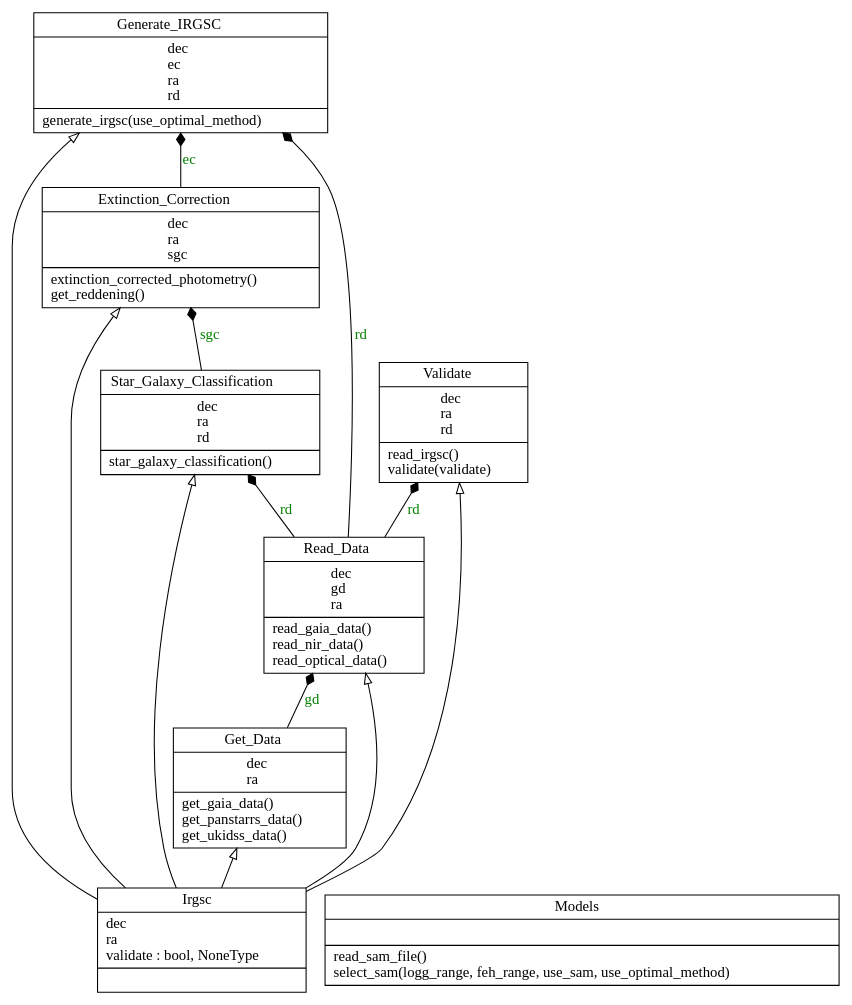
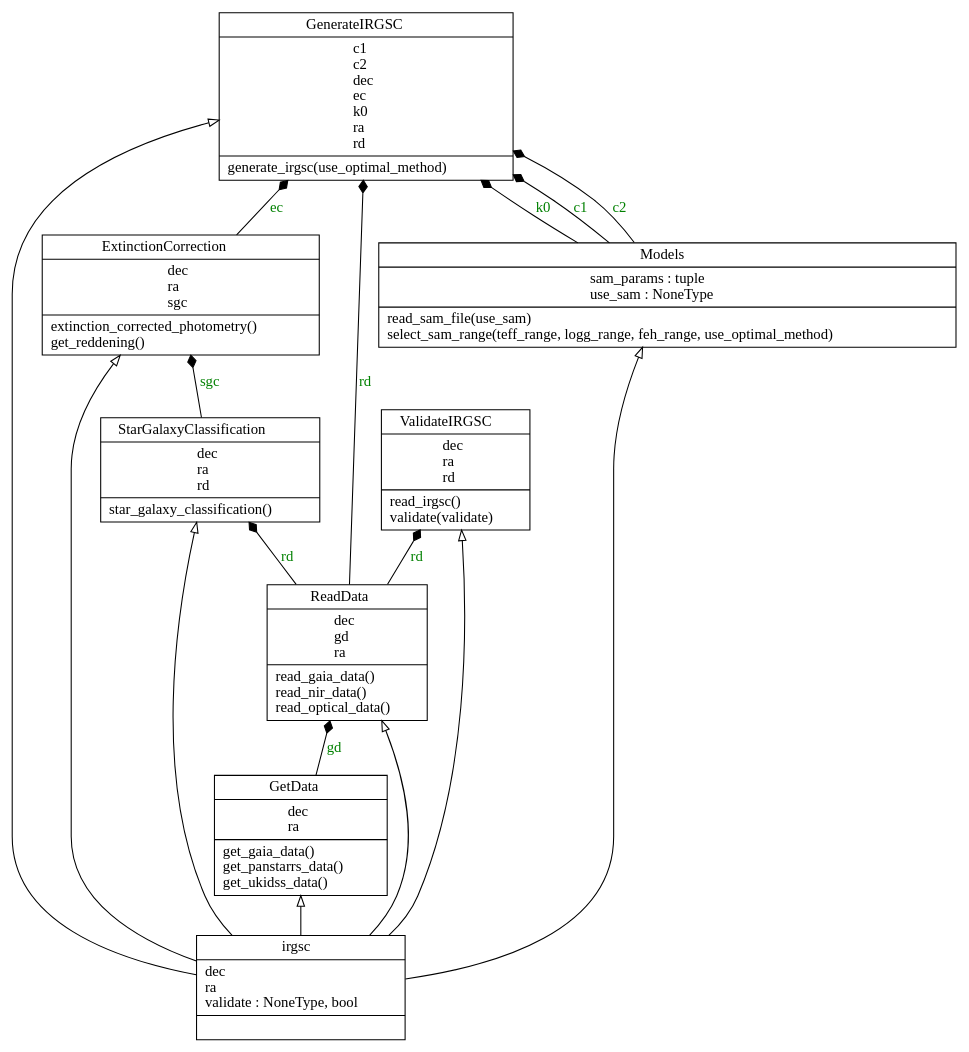
One commit to tmtsoftware/dms-irgsc changed the diagram in classes.dot. Above: the diagram before and after it, drawn with Graphviz. The commit also changed 215 other files, not shown here.

```diff
--- a/classes.dot
+++ b/classes.dot
@@ -1,24 +1,28 @@
 digraph "classes" {
 rankdir=BT
 charset="utf-8"
-"irgsctool._extinction_correction.Extinction_Correction" [color="black", fontcolor="black", label=<{Extinction_Correction|dec<br ALIGN="LEFT"/>ra<br ALIGN="LEFT"/>sgc<br ALIGN="LEFT"/>|extinction_corrected_photometry()<br ALIGN="LEFT"/>get_reddening()<br ALIGN="LEFT"/>}>, shape="record", style="solid"];
-"irgsctool._fitting.Generate_IRGSC" [color="black", fontcolor="black", label=<{Generate_IRGSC|dec<br ALIGN="LEFT"/>ec<br ALIGN="LEFT"/>ra<br ALIGN="LEFT"/>rd<br ALIGN="LEFT"/>|generate_irgsc(use_optimal_method)<br ALIGN="LEFT"/>}>, shape="record", style="solid"];
-"irgsctool._get_data.Get_Data" [color="black", fontcolor="black", label=<{Get_Data|dec<br ALIGN="LEFT"/>ra<br ALIGN="LEFT"/>|get_gaia_data()<br ALIGN="LEFT"/>get_panstarrs_data()<br ALIGN="LEFT"/>get_ukidss_data()<br ALIGN="LEFT"/>}>, shape="record", style="solid"];
-"irgsctool.Irgsc" [color="black", fontcolor="black", label=<{Irgsc|dec<br ALIGN="LEFT"/>ra<br ALIGN="LEFT"/>validate : bool, NoneType<br ALIGN="LEFT"/>|}>, shape="record", style="solid"];
-"irgsctool._sam.Models" [color="black", fontcolor="black", label=<{Models|<br ALIGN="LEFT"/>|read_sam_file()<br ALIGN="LEFT"/>select_sam(logg_range, feh_range, use_sam, use_optimal_method)<br ALIGN="LEFT"/>}>, shape="record", style="solid"];
-"irgsctool._read_data.Read_Data" [color="black", fontcolor="black", label=<{Read_Data|dec<br ALIGN="LEFT"/>gd<br ALIGN="LEFT"/>ra<br ALIGN="LEFT"/>|read_gaia_data()<br ALIGN="LEFT"/>read_nir_data()<br ALIGN="LEFT"/>read_optical_data()<br ALIGN="LEFT"/>}>, shape="record", style="solid"];
-"irgsctool._sgc.Star_Galaxy_Classification" [color="black", fontcolor="black", label=<{Star_Galaxy_Classification|dec<br ALIGN="LEFT"/>ra<br ALIGN="LEFT"/>rd<br ALIGN="LEFT"/>|star_galaxy_classification()<br ALIGN="LEFT"/>}>, shape="record", style="solid"];
-"irgsctool._validate.Validate" [color="black", fontcolor="black", label=<{Validate|dec<br ALIGN="LEFT"/>ra<br ALIGN="LEFT"/>rd<br ALIGN="LEFT"/>|read_irgsc()<br ALIGN="LEFT"/>validate(validate)<br ALIGN="LEFT"/>}>, shape="record", style="solid"];
-"irgsctool.Irgsc" -> "irgsctool._extinction_correction.Extinction_Correction" [arrowhead="empty", arrowtail="none"];
-"irgsctool.Irgsc" -> "irgsctool._fitting.Generate_IRGSC" [arrowhead="empty", arrowtail="none"];
-"irgsctool.Irgsc" -> "irgsctool._get_data.Get_Data" [arrowhead="empty", arrowtail="none"];
-"irgsctool.Irgsc" -> "irgsctool._read_data.Read_Data" [arrowhead="empty", arrowtail="none"];
-"irgsctool.Irgsc" -> "irgsctool._sgc.Star_Galaxy_Classification" [arrowhead="empty", arrowtail="none"];
-"irgsctool.Irgsc" -> "irgsctool._validate.Validate" [arrowhead="empty", arrowtail="none"];
-"irgsctool._extinction_correction.Extinction_Correction" -> "irgsctool._fitting.Generate_IRGSC" [arrowhead="diamond", arrowtail="none", fontcolor="green", label="ec", style="solid"];
-"irgsctool._get_data.Get_Data" -> "irgsctool._read_data.Read_Data" [arrowhead="diamond", arrowtail="none", fontcolor="green", label="gd", style="solid"];
-"irgsctool._read_data.Read_Data" -> "irgsctool._fitting.Generate_IRGSC" [arrowhead="diamond", arrowtail="none", fontcolor="green", label="rd", style="solid"];
-"irgsctool._read_data.Read_Data" -> "irgsctool._sgc.Star_Galaxy_Classification" [arrowhead="diamond", arrowtail="none", fontcolor="green", label="rd", style="solid"];
-"irgsctool._read_data.Read_Data" -> "irgsctool._validate.Validate" [arrowhead="diamond", arrowtail="none", fontcolor="green", label="rd", style="solid"];
-"irgsctool._sgc.Star_Galaxy_Classification" -> "irgsctool._extinction_correction.Extinction_Correction" [arrowhead="diamond", arrowtail="none", fontcolor="green", label="sgc", style="solid"];
+"irgsctool._extinction_correction.ExtinctionCorrection" [color="black", fontcolor="black", label=<{ExtinctionCorrection|dec<br ALIGN="LEFT"/>ra<br ALIGN="LEFT"/>sgc<br ALIGN="LEFT"/>|extinction_corrected_photometry()<br ALIGN="LEFT"/>get_reddening()<br ALIGN="LEFT"/>}>, shape="record", style="solid"];
+"irgsctool._fitting.GenerateIRGSC" [color="black", fontcolor="black", label=<{GenerateIRGSC|c1<br ALIGN="LEFT"/>c2<br ALIGN="LEFT"/>dec<br ALIGN="LEFT"/>ec<br ALIGN="LEFT"/>k0<br ALIGN="LEFT"/>ra<br ALIGN="LEFT"/>rd<br ALIGN="LEFT"/>|generate_irgsc(use_optimal_method)<br ALIGN="LEFT"/>}>, shape="record", style="solid"];
+"irgsctool._get_data.GetData" [color="black", fontcolor="black", label=<{GetData|dec<br ALIGN="LEFT"/>ra<br ALIGN="LEFT"/>|get_gaia_data()<br ALIGN="LEFT"/>get_panstarrs_data()<br ALIGN="LEFT"/>get_ukidss_data()<br ALIGN="LEFT"/>}>, shape="record", style="solid"];
+"irgsctool._sam.Models" [color="black", fontcolor="black", label=<{Models|sam_params : tuple<br ALIGN="LEFT"/>use_sam : NoneType<br ALIGN="LEFT"/>|read_sam_file(use_sam)<br ALIGN="LEFT"/>select_sam_range(teff_range, logg_range, feh_range, use_optimal_method)<br ALIGN="LEFT"/>}>, shape="record", style="solid"];
+"irgsctool._read_data.ReadData" [color="black", fontcolor="black", label=<{ReadData|dec<br ALIGN="LEFT"/>gd<br ALIGN="LEFT"/>ra<br ALIGN="LEFT"/>|read_gaia_data()<br ALIGN="LEFT"/>read_nir_data()<br ALIGN="LEFT"/>read_optical_data()<br ALIGN="LEFT"/>}>, shape="record", style="solid"];
+"irgsctool._sgc.StarGalaxyClassification" [color="black", fontcolor="black", label=<{StarGalaxyClassification|dec<br ALIGN="LEFT"/>ra<br ALIGN="LEFT"/>rd<br ALIGN="LEFT"/>|star_galaxy_classification()<br ALIGN="LEFT"/>}>, shape="record", style="solid"];
+"irgsctool._validate.ValidateIRGSC" [color="black", fontcolor="black", label=<{ValidateIRGSC|dec<br ALIGN="LEFT"/>ra<br ALIGN="LEFT"/>rd<br ALIGN="LEFT"/>|read_irgsc()<br ALIGN="LEFT"/>validate(validate)<br ALIGN="LEFT"/>}>, shape="record", style="solid"];
+"irgsctool.irgsc" [color="black", fontcolor="black", label=<{irgsc|dec<br ALIGN="LEFT"/>ra<br ALIGN="LEFT"/>validate : NoneType, bool<br ALIGN="LEFT"/>|}>, shape="record", style="solid"];
+"irgsctool.irgsc" -> "irgsctool._extinction_correction.ExtinctionCorrection" [arrowhead="empty", arrowtail="none"];
+"irgsctool.irgsc" -> "irgsctool._fitting.GenerateIRGSC" [arrowhead="empty", arrowtail="none"];
+"irgsctool.irgsc" -> "irgsctool._get_data.GetData" [arrowhead="empty", arrowtail="none"];
+"irgsctool.irgsc" -> "irgsctool._read_data.ReadData" [arrowhead="empty", arrowtail="none"];
+"irgsctool.irgsc" -> "irgsctool._sam.Models" [arrowhead="empty", arrowtail="none"];
+"irgsctool.irgsc" -> "irgsctool._sgc.StarGalaxyClassification" [arrowhead="empty", arrowtail="none"];
+"irgsctool.irgsc" -> "irgsctool._validate.ValidateIRGSC" [arrowhead="empty", arrowtail="none"];
+"irgsctool._extinction_correction.ExtinctionCorrection" -> "irgsctool._fitting.GenerateIRGSC" [arrowhead="diamond", arrowtail="none", fontcolor="green", label="ec", style="solid"];
+"irgsctool._get_data.GetData" -> "irgsctool._read_data.ReadData" [arrowhead="diamond", arrowtail="none", fontcolor="green", label="gd", style="solid"];
+"irgsctool._read_data.ReadData" -> "irgsctool._fitting.GenerateIRGSC" [arrowhead="diamond", arrowtail="none", fontcolor="green", label="rd", style="solid"];
+"irgsctool._read_data.ReadData" -> "irgsctool._sgc.StarGalaxyClassification" [arrowhead="diamond", arrowtail="none", fontcolor="green", label="rd", style="solid"];
+"irgsctool._read_data.ReadData" -> "irgsctool._validate.ValidateIRGSC" [arrowhead="diamond", arrowtail="none", fontcolor="green", label="rd", style="solid"];
+"irgsctool._sam.Models" -> "irgsctool._fitting.GenerateIRGSC" [arrowhead="diamond", arrowtail="none", fontcolor="green", label="k0", style="solid"];
+"irgsctool._sam.Models" -> "irgsctool._fitting.GenerateIRGSC" [arrowhead="diamond", arrowtail="none", fontcolor="green", label="c1", style="solid"];
+"irgsctool._sam.Models" -> "irgsctool._fitting.GenerateIRGSC" [arrowhead="diamond", arrowtail="none", fontcolor="green", label="c2", style="solid"];
+"irgsctool._sgc.StarGalaxyClassification" -> "irgsctool._extinction_correction.ExtinctionCorrection" [arrowhead="diamond", arrowtail="none", fontcolor="green", label="sgc", style="solid"];
 }
```
